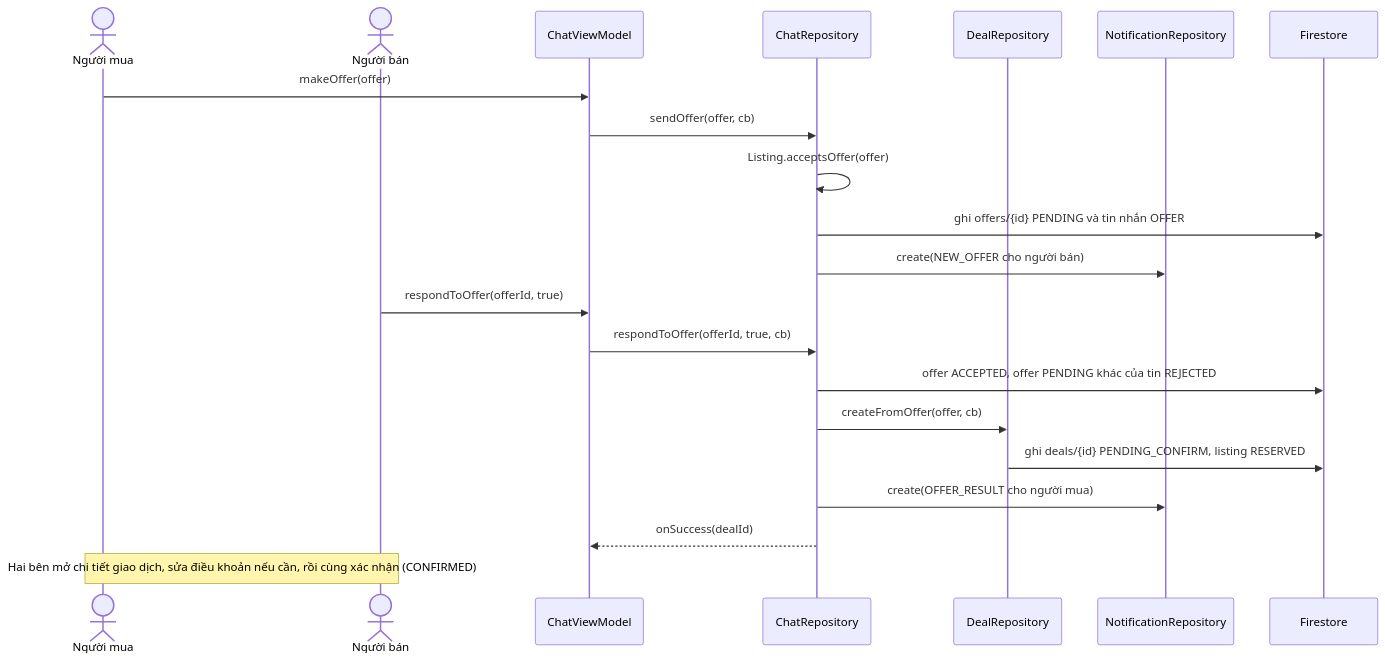
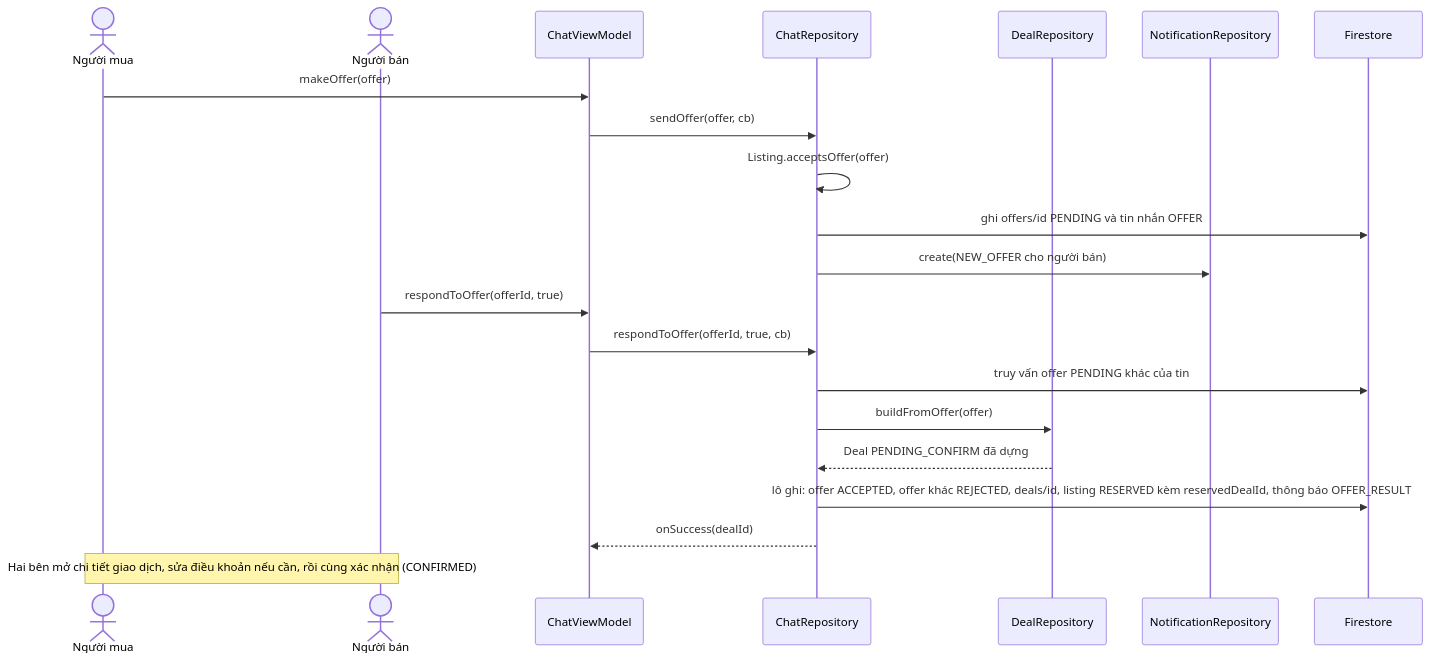
Before and after one commit to tahpnart8/NHOM3-MobileApp: the fourth of 7 diagrams in workflow/docs/architecture/luong-xu-ly.md, drawn with Mermaid. The commit also changed other lines of this file and 116 other files, not shown here.

````diff
--- a/workflow/docs/architecture/luong-xu-ly.md
+++ b/workflow/docs/architecture/luong-xu-ly.md
@@ -116,23 +139,23 @@
 ```mermaid
 sequenceDiagram
     actor B as Người mua
     actor S as Người bán
     participant CVM as ChatViewModel
     participant CR as ChatRepository
     participant DR as DealRepository
     participant NR as NotificationRepository
     participant FS as Firestore
     B->>CVM: makeOffer(offer)
     CVM->>CR: sendOffer(offer, cb)
     CR->>CR: Listing.acceptsOffer(offer)
-    CR->>FS: ghi offers/{id} PENDING và tin nhắn OFFER
+    CR->>FS: ghi offers/id PENDING và tin nhắn OFFER
     CR->>NR: create(NEW_OFFER cho người bán)
     S->>CVM: respondToOffer(offerId, true)
     CVM->>CR: respondToOffer(offerId, true, cb)
-    CR->>FS: offer ACCEPTED, offer PENDING khác của tin REJECTED
-    CR->>DR: createFromOffer(offer, cb)
-    DR->>FS: ghi deals/{id} PENDING_CONFIRM, listing RESERVED
-    CR->>NR: create(OFFER_RESULT cho người mua)
+    CR->>FS: truy vấn offer PENDING khác của tin
+    CR->>DR: buildFromOffer(offer)
+    DR-->>CR: Deal PENDING_CONFIRM đã dựng
+    CR->>FS: lô ghi: offer ACCEPTED, offer khác REJECTED, deals/id, listing RESERVED kèm reservedDealId, thông báo OFFER_RESULT
     CR-->>CVM: onSuccess(dealId)
     Note over B,S: Hai bên mở chi tiết giao dịch, sửa điều khoản nếu cần, rồi cùng xác nhận (CONFIRMED)
 ```
````
